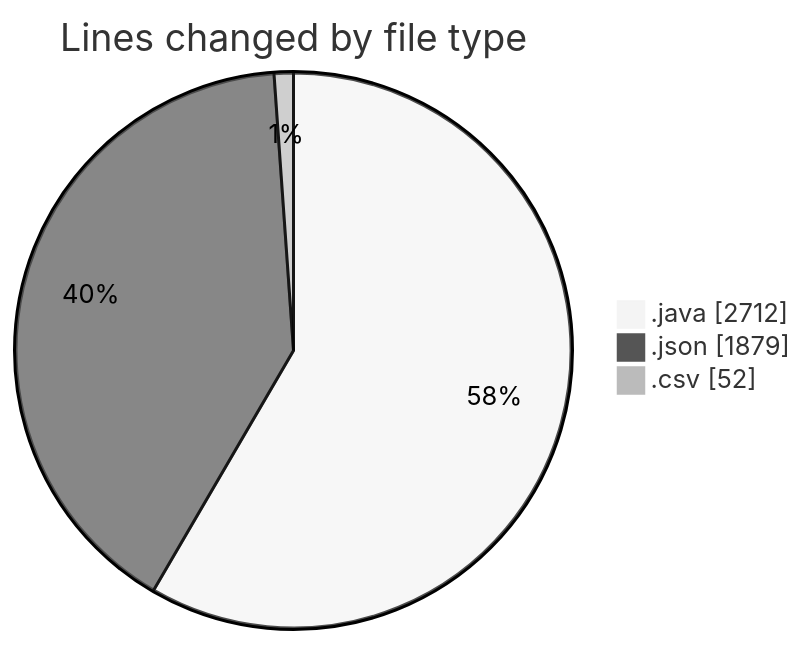
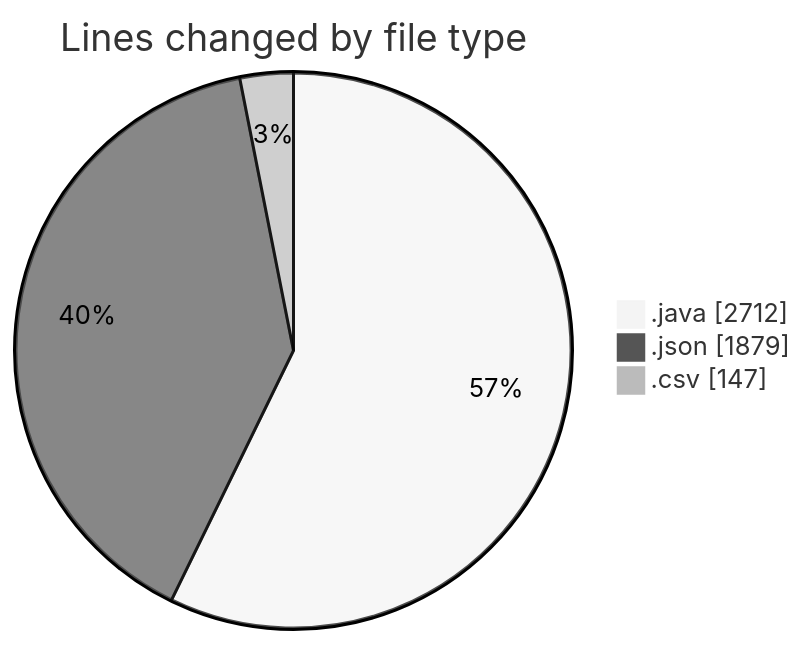
One commit to ricardozamudiocil/code-tracking changed the first of 2 diagrams in 2026-03-17/cilapp/README.md. Above: the diagram before and after it, drawn with Mermaid (neutral theme). The commit also changed other lines of this file and 1 other file, not shown here.

````diff
--- a/2026-03-17/cilapp/README.md
+++ b/2026-03-17/cilapp/README.md
@@ -26,7 +27,7 @@
 ```mermaid
 pie showData
 title Lines changed by file type
 ".java" : 2712
 ".json" : 1879
-".csv" : 52
+".csv" : 147
 ```
````
